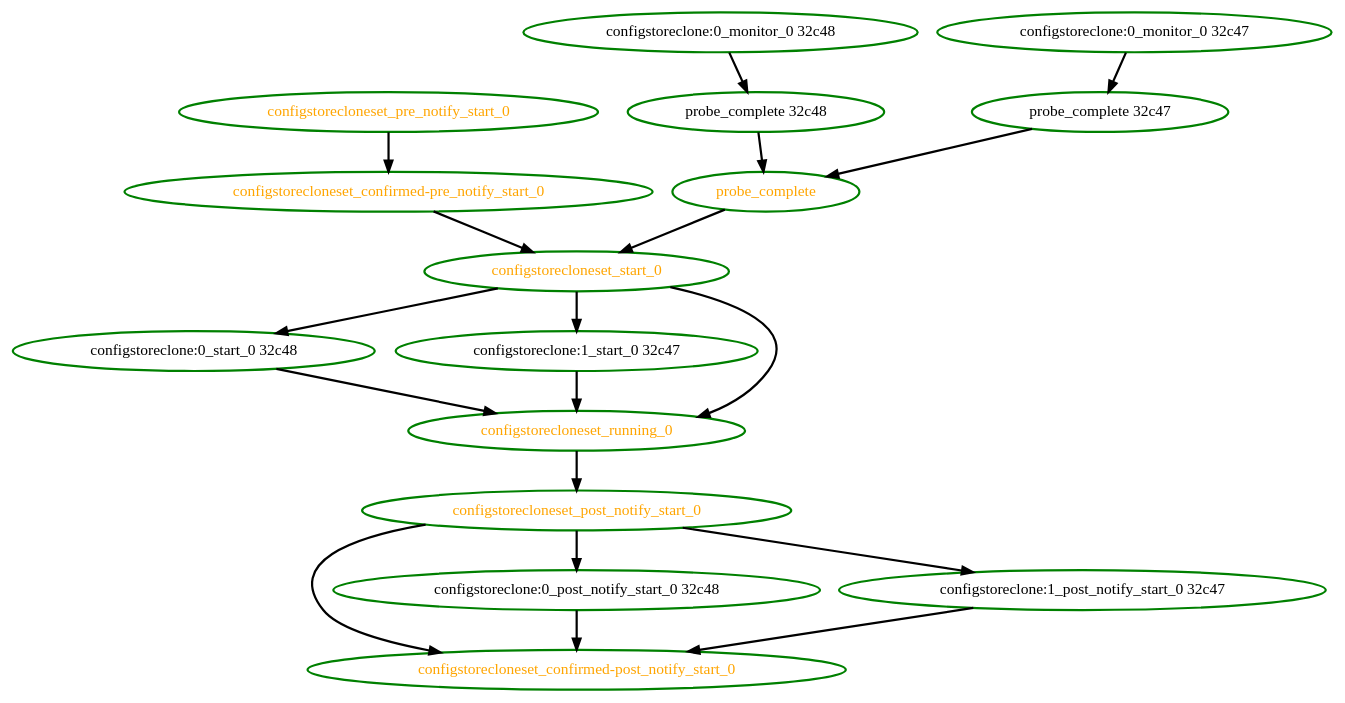
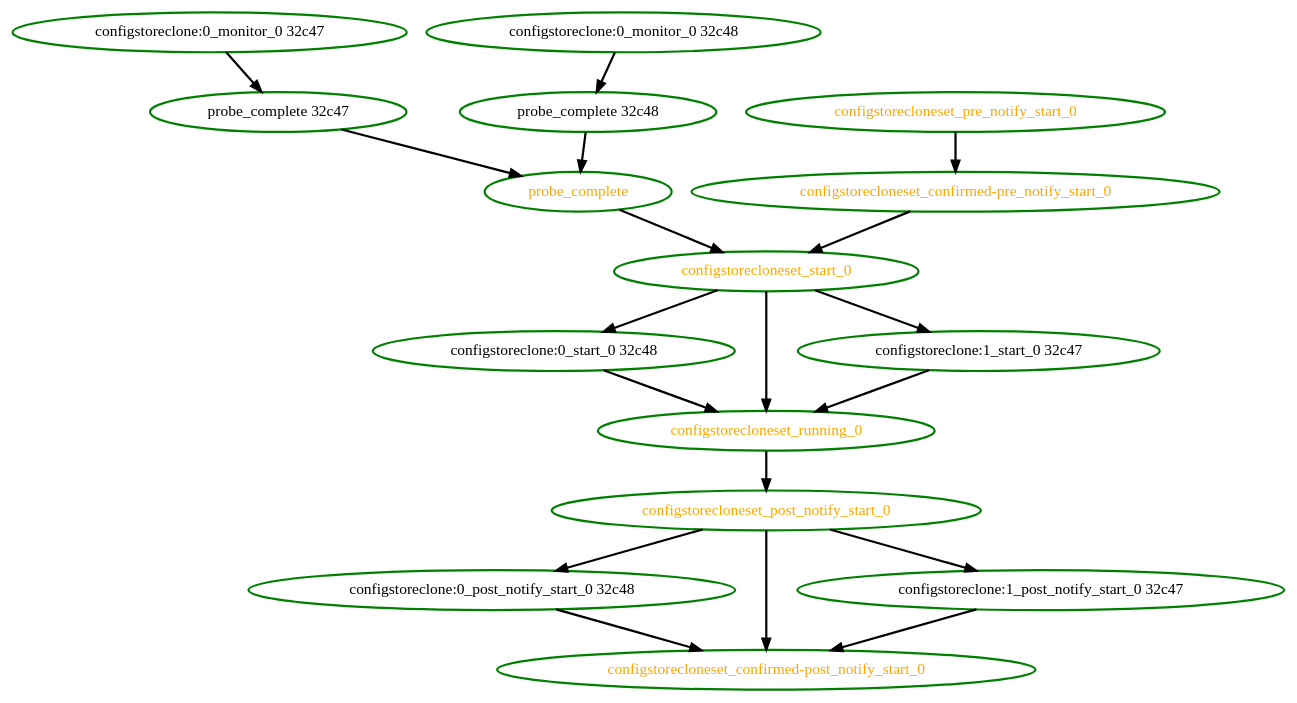
The diagram in crm/pengine/testcases/probe-0.dot (richiewen8/heartbeat), drawn with Graphviz before and after one commit. The commit also changed 176 other files, not shown here.

```diff
--- a/crm/pengine/testcases/probe-0.dot
+++ b/crm/pengine/testcases/probe-0.dot
@@ -1,36 +1,35 @@
-digraph "g" {
-	size = "30,30"
-"probe_complete" [ style=bold color="green" fontcolor="orange" ]
-"probe_complete 32c48" [ style=bold color="green" fontcolor="black" ]
+ digraph "g" {
+"configstoreclone:0_monitor_0 32c47" -> "probe_complete 32c47" [ style = bold]
+"configstoreclone:0_monitor_0 32c47" [ style=bold color="green" fontcolor="black" ]
+"configstoreclone:0_monitor_0 32c48" -> "probe_complete 32c48" [ style = bold]
 "configstoreclone:0_monitor_0 32c48" [ style=bold color="green" fontcolor="black" ]
-"probe_complete 32c47" [ style=bold color="green" fontcolor="black" ]
-"configstoreclone:0_monitor_0 32c47" [ style=bold color="green" fontcolor="black" ]
+"configstoreclone:0_post_notify_start_0 32c48" -> "configstorecloneset_confirmed-post_notify_start_0" [ style = bold]
+"configstoreclone:0_post_notify_start_0 32c48" [ style=bold color="green" fontcolor="black" ]
+"configstoreclone:0_start_0 32c48" -> "configstorecloneset_running_0" [ style = bold]
 "configstoreclone:0_start_0 32c48" [ style=bold color="green" fontcolor="black" ]
+"configstoreclone:1_post_notify_start_0 32c47" -> "configstorecloneset_confirmed-post_notify_start_0" [ style = bold]
+"configstoreclone:1_post_notify_start_0 32c47" [ style=bold color="green" fontcolor="black" ]
+"configstoreclone:1_start_0 32c47" -> "configstorecloneset_running_0" [ style = bold]
 "configstoreclone:1_start_0 32c47" [ style=bold color="green" fontcolor="black" ]
-"configstorecloneset_start_0" [ style=bold color="green" fontcolor="orange" ]
+"configstorecloneset_confirmed-post_notify_start_0" [ style=bold color="green" fontcolor="orange" ]
+"configstorecloneset_confirmed-pre_notify_start_0" -> "configstorecloneset_start_0" [ style = bold]
+"configstorecloneset_confirmed-pre_notify_start_0" [ style=bold color="green" fontcolor="orange" ]
+"configstorecloneset_post_notify_start_0" -> "configstoreclone:0_post_notify_start_0 32c48" [ style = bold]
+"configstorecloneset_post_notify_start_0" -> "configstoreclone:1_post_notify_start_0 32c47" [ style = bold]
+"configstorecloneset_post_notify_start_0" -> "configstorecloneset_confirmed-post_notify_start_0" [ style = bold]
+"configstorecloneset_post_notify_start_0" [ style=bold color="green" fontcolor="orange" ]
+"configstorecloneset_pre_notify_start_0" -> "configstorecloneset_confirmed-pre_notify_start_0" [ style = bold]
+"configstorecloneset_pre_notify_start_0" [ style=bold color="green" fontcolor="orange" ]
+"configstorecloneset_running_0" -> "configstorecloneset_post_notify_start_0" [ style = bold]
 "configstorecloneset_running_0" [ style=bold color="green" fontcolor="orange" ]
-"configstorecloneset_pre_notify_start_0" [ style=bold color="green" fontcolor="orange" ]
-"configstorecloneset_confirmed-pre_notify_start_0" [ style=bold color="green" fontcolor="orange" ]
-"configstorecloneset_post_notify_start_0" [ style=bold color="green" fontcolor="orange" ]
-"configstorecloneset_confirmed-post_notify_start_0" [ style=bold color="green" fontcolor="orange" ]
-"configstoreclone:0_post_notify_start_0 32c48" [ style=bold color="green" fontcolor="black" ]
-"configstoreclone:1_post_notify_start_0 32c47" [ style=bold color="green" fontcolor="black" ]
-"probe_complete 32c48" -> "probe_complete" [ style = bold]
-"probe_complete 32c47" -> "probe_complete" [ style = bold]
-"configstoreclone:0_monitor_0 32c48" -> "probe_complete 32c48" [ style = bold]
-"configstoreclone:0_monitor_0 32c47" -> "probe_complete 32c47" [ style = bold]
 "configstorecloneset_start_0" -> "configstoreclone:0_start_0 32c48" [ style = bold]
 "configstorecloneset_start_0" -> "configstoreclone:1_start_0 32c47" [ style = bold]
+"configstorecloneset_start_0" -> "configstorecloneset_running_0" [ style = bold]
+"configstorecloneset_start_0" [ style=bold color="green" fontcolor="orange" ]
+"probe_complete 32c47" -> "probe_complete" [ style = bold]
+"probe_complete 32c47" [ style=bold color="green" fontcolor="black" ]
+"probe_complete 32c48" -> "probe_complete" [ style = bold]
+"probe_complete 32c48" [ style=bold color="green" fontcolor="black" ]
 "probe_complete" -> "configstorecloneset_start_0" [ style = bold]
-"configstorecloneset_confirmed-pre_notify_start_0" -> "configstorecloneset_start_0" [ style = bold]
-"configstoreclone:0_start_0 32c48" -> "configstorecloneset_running_0" [ style = bold]
-"configstoreclone:1_start_0 32c47" -> "configstorecloneset_running_0" [ style = bold]
-"configstorecloneset_start_0" -> "configstorecloneset_running_0" [ style = bold]
-"configstorecloneset_pre_notify_start_0" -> "configstorecloneset_confirmed-pre_notify_start_0" [ style = bold]
-"configstorecloneset_running_0" -> "configstorecloneset_post_notify_start_0" [ style = bold]
-"configstorecloneset_post_notify_start_0" -> "configstorecloneset_confirmed-post_notify_start_0" [ style = bold]
-"configstoreclone:0_post_notify_start_0 32c48" -> "configstorecloneset_confirmed-post_notify_start_0" [ style = bold]
-"configstoreclone:1_post_notify_start_0 32c47" -> "configstorecloneset_confirmed-post_notify_start_0" [ style = bold]
-"configstorecloneset_post_notify_start_0" -> "configstoreclone:0_post_notify_start_0 32c48" [ style = bold]
-"configstorecloneset_post_notify_start_0" -> "configstoreclone:1_post_notify_start_0 32c47" [ style = bold]
+"probe_complete" [ style=bold color="green" fontcolor="orange" ]
 }
```
